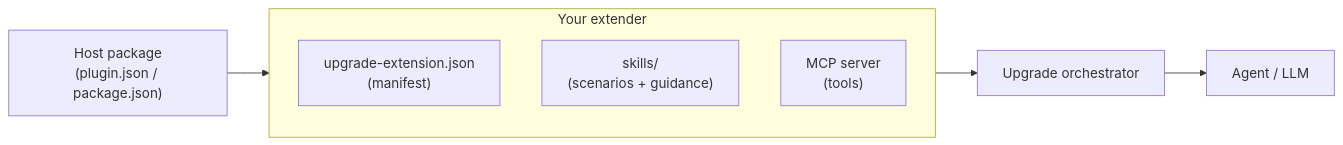
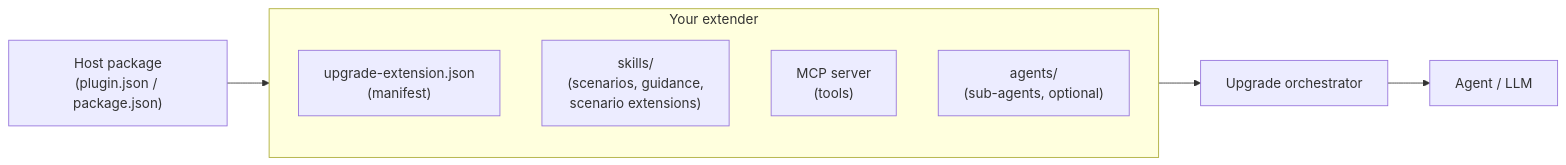
The diagram in README.md (microsoft/upgrade-agent-samples), drawn with Mermaid before and after one commit. The commit also changed other lines of this file and 19 other files, not shown here.

````diff
--- a/README.md
+++ b/README.md
@@ -54,11 +68,12 @@
 ```mermaid
 flowchart LR
     subgraph Extender["Your extender"]
         M["upgrade-extension.json<br/>(manifest)"]
-        S["skills/<br/>(scenarios + guidance)"]
+        S["skills/<br/>(scenarios, guidance,<br/>scenario extensions)"]
         T["MCP server<br/>(tools)"]
+        A["agents/<br/>(sub-agents, optional)"]
     end
     P["Host package<br/>(plugin.json / package.json)"] --> Extender
     Extender --> ORCH["Upgrade orchestrator"]
     ORCH --> LLM["Agent / LLM"]
 ```
````
